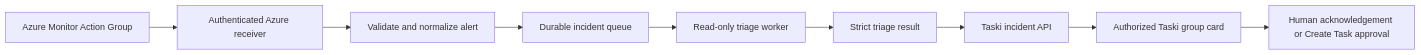
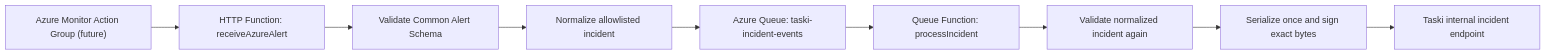
Before and after one commit to dagalecodes/taski-ai-incident-triage: the diagram in docs/architecture.md, drawn with Mermaid. The commit also changed other lines of this file and 23 other files, not shown here.

First line of the commit message:
Add Azure alert queue pipeline

````diff
--- a/docs/architecture.md
+++ b/docs/architecture.md
@@ -5,11 +5,11 @@
 ```mermaid
 flowchart LR
-  monitor["Azure Monitor Action Group"] --> receiver["Authenticated Azure receiver"]
-  receiver --> normalize["Validate and normalize alert"]
-  normalize --> queue["Durable incident queue"]
-  queue --> worker["Read-only triage worker"]
-  worker --> result["Strict triage result"]
-  result --> taski["Taski incident API"]
-  taski --> group["Authorized Taski group card"]
-  group --> approval["Human acknowledgement or Create Task approval"]
+  monitor["Azure Monitor Action Group (future)"] --> receiver["HTTP Function: receiveAzureAlert"]
+  receiver --> validate["Validate Common Alert Schema"]
+  validate --> normalize["Normalize allowlisted incident"]
+  normalize --> queue["Azure Queue: taski-incident-events"]
+  queue --> processor["Queue Function: processIncident"]
+  processor --> revalidate["Validate normalized incident again"]
+  revalidate --> sign["Serialize once and sign exact bytes"]
+  sign --> taski["Taski internal incident endpoint"]
 ```
````
